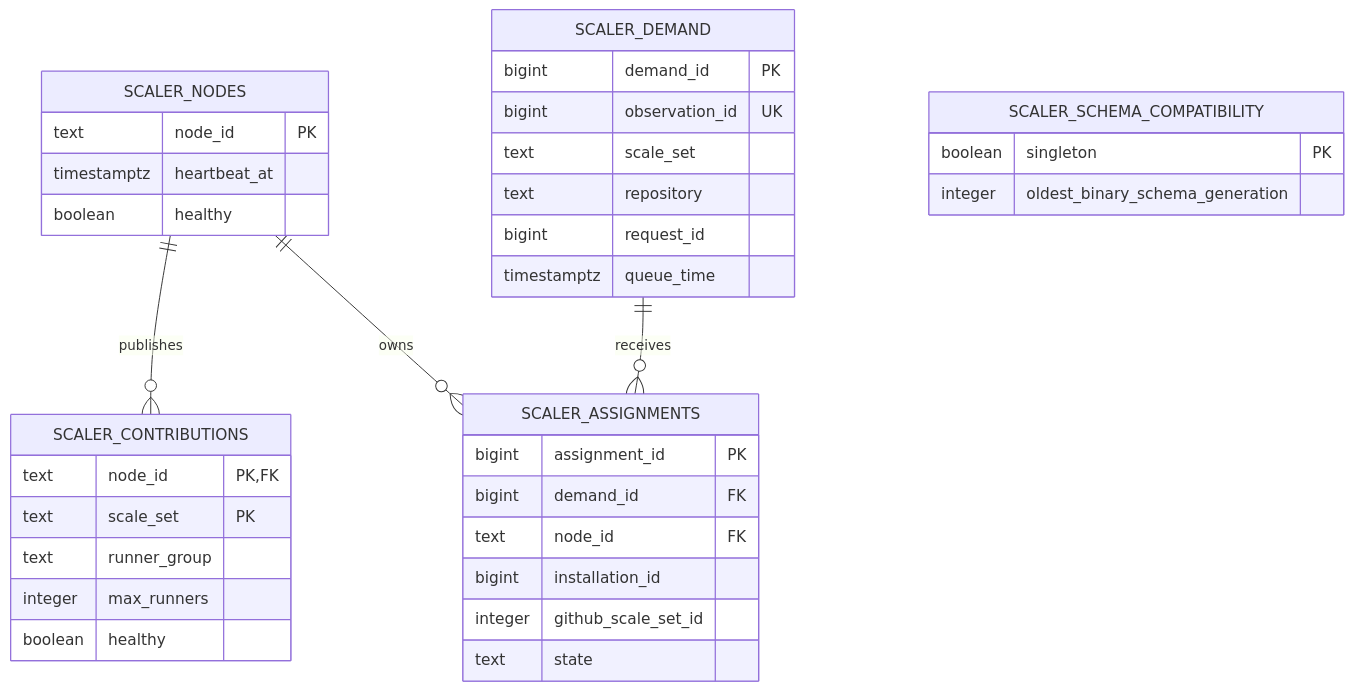
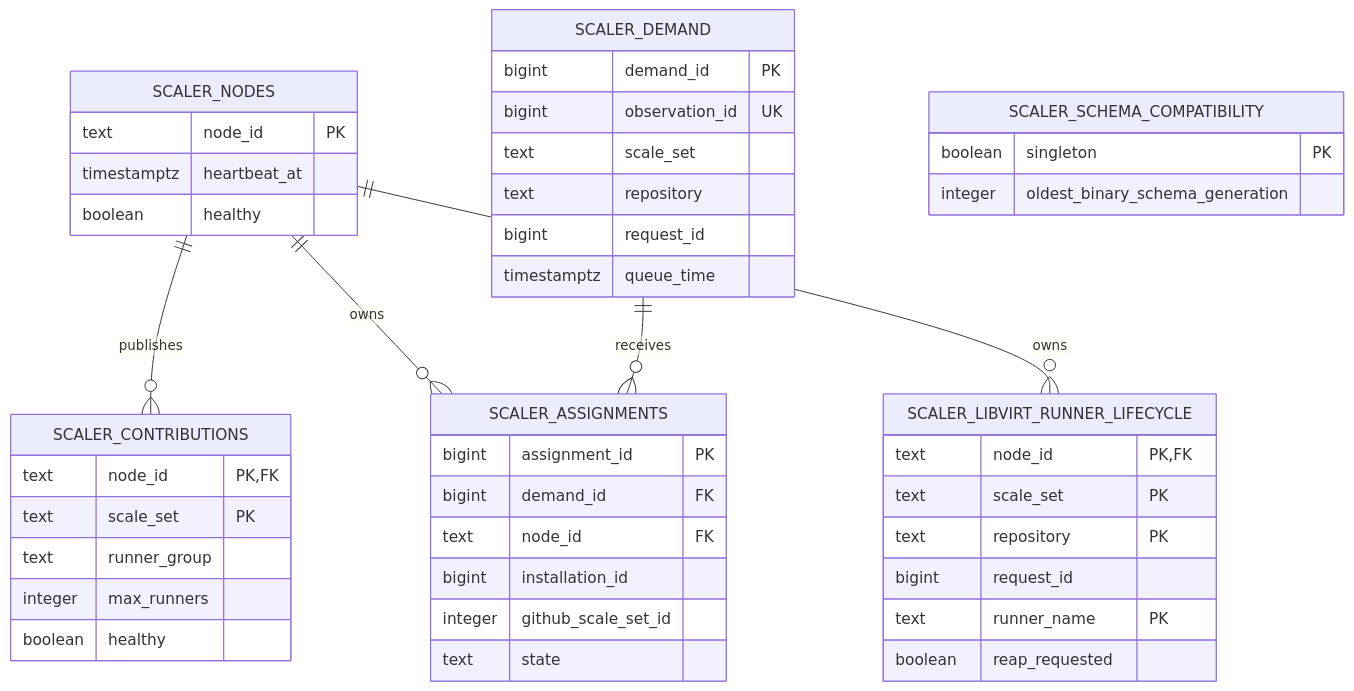
Diagram 11 of 13 in docs/architecture.md (stateshifters/runnerfoundry), drawn with Mermaid before and after one commit. The commit also changed other lines of this file and 33 other files, not shown here.

Commit message:
fix: add missing libvirt runner lifecycle management and job completion handling

````diff
--- a/docs/architecture.md
+++ b/docs/architecture.md
@@ -444,39 +454,48 @@
 ```mermaid
 erDiagram
     SCALER_NODES ||--o{ SCALER_CONTRIBUTIONS : publishes
     SCALER_NODES ||--o{ SCALER_ASSIGNMENTS : owns
+    SCALER_NODES ||--o{ SCALER_LIBVIRT_RUNNER_LIFECYCLE : owns
     SCALER_DEMAND ||--o{ SCALER_ASSIGNMENTS : receives
 
     SCALER_SCHEMA_COMPATIBILITY {
         boolean singleton PK
         integer oldest_binary_schema_generation
     }
     SCALER_NODES {
         text node_id PK
         timestamptz heartbeat_at
         boolean healthy
     }
     SCALER_CONTRIBUTIONS {
         text node_id PK, FK
         text scale_set PK
         text runner_group
         integer max_runners
         boolean healthy
     }
     SCALER_DEMAND {
         bigint demand_id PK
         bigint observation_id UK
         text scale_set
         text repository
         bigint request_id
         timestamptz queue_time
     }
     SCALER_ASSIGNMENTS {
         bigint assignment_id PK
         bigint demand_id FK
         text node_id FK
         bigint installation_id
         integer github_scale_set_id
         text state
     }
+    SCALER_LIBVIRT_RUNNER_LIFECYCLE {
+        text node_id PK, FK
+        text scale_set PK
+        text repository PK
+        bigint request_id
+        text runner_name PK
+        boolean reap_requested
+    }
 ```
````
